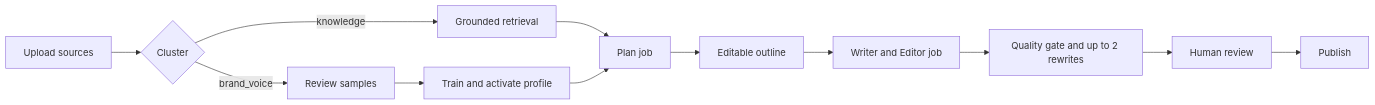
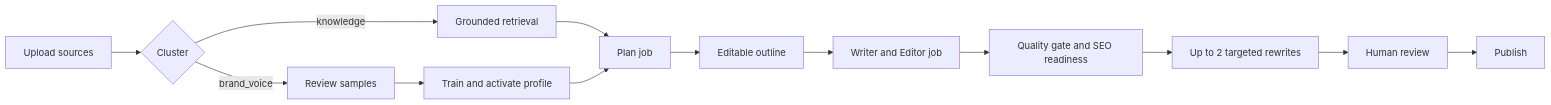
Before and after one commit to thoaitrantlgt/Brand-Voice-RAG-Content-System: the first of 2 diagrams in README.md, drawn with Mermaid. The commit also changed other lines of this file and 39 other files, not shown here.

````diff
--- a/README.md
+++ b/README.md
@@ -22,14 +22,15 @@
 ```mermaid
 flowchart LR
     A[Upload sources] --> B{Cluster}
     B -->|knowledge| C[Grounded retrieval]
     B -->|brand_voice| D[Review samples]
     D --> E[Train and activate profile]
     C --> F[Plan job]
     E --> F
     F --> G[Editable outline]
     G --> H[Writer and Editor job]
-    H --> I[Quality gate and up to 2 rewrites]
-    I --> J[Human review]
+    H --> I[Quality gate and SEO readiness]
+    I --> L[Up to 2 targeted rewrites]
+    L --> J[Human review]
     J --> K[Publish]
 ```
````
